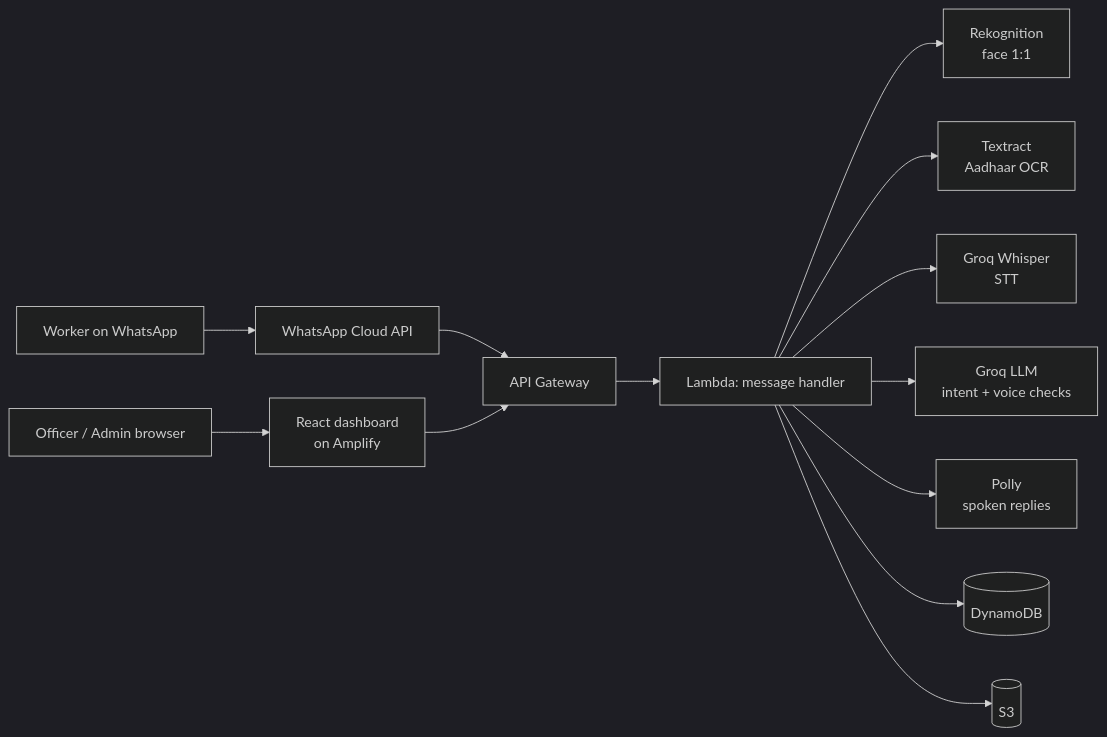
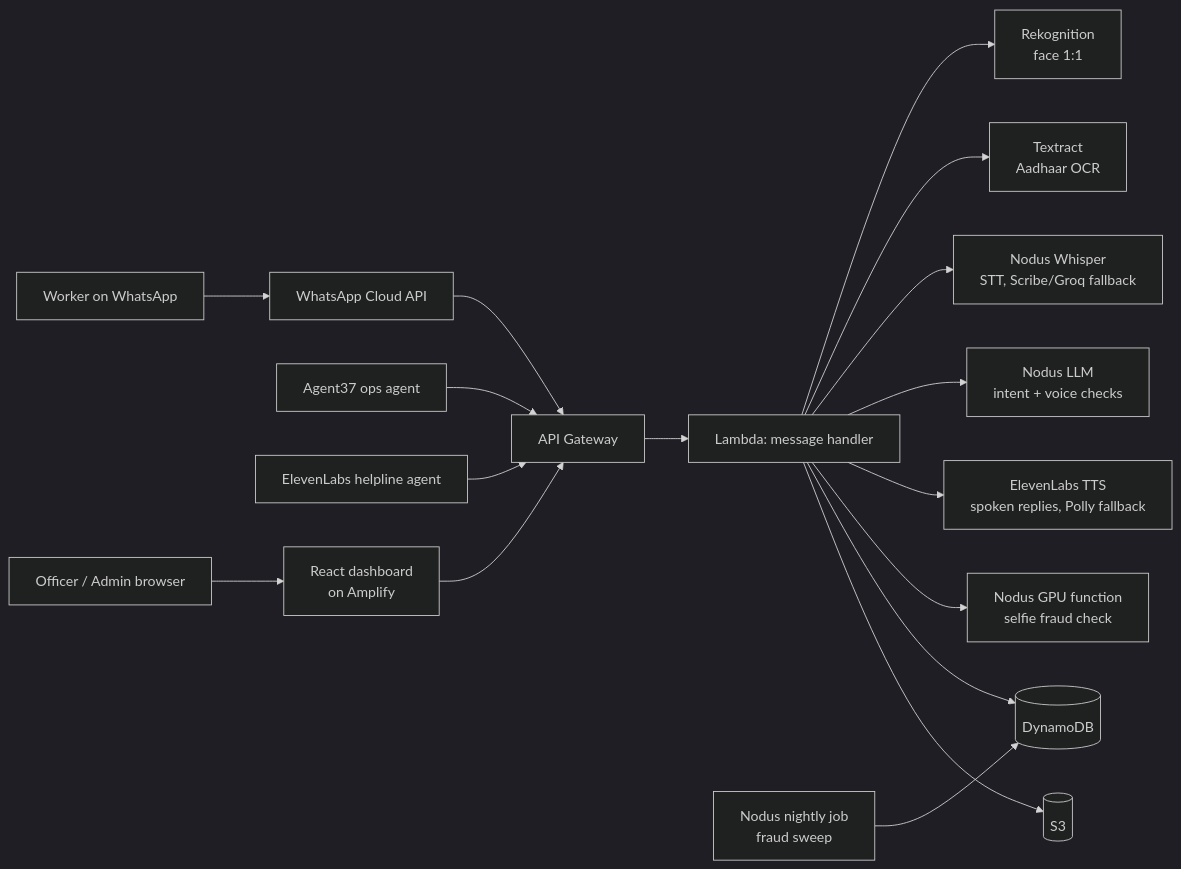
The diagram in README.md (LowkeyShehz/Hackyard-Strawhats), drawn with Mermaid (dark theme) before and after one commit. The commit also changed other lines of this file and 2 other files, not shown here.

````diff
--- a/README.md
+++ b/README.md
@@ -28,17 +39,21 @@
 ```mermaid
 flowchart LR
     W[Worker on WhatsApp] --> M[WhatsApp Cloud API]
     M --> G[API Gateway]
     G --> H[Lambda: message handler]
     H --> R[Rekognition<br/>face 1:1]
     H --> T[Textract<br/>Aadhaar OCR]
-    H --> S[Groq Whisper<br/>STT]
-    H --> L[Groq LLM<br/>intent + voice checks]
-    H --> P[Polly<br/>spoken replies]
+    H --> S[Nodus Whisper<br/>STT, Scribe/Groq fallback]
+    H --> L[Nodus LLM<br/>intent + voice checks]
+    H --> P[ElevenLabs TTS<br/>spoken replies, Polly fallback]
+    H --> F[Nodus GPU function<br/>selfie fraud check]
+    J[Nodus nightly job<br/>fraud sweep] --> D
+    AG[Agent37 ops agent] --> G
+    EL[ElevenLabs helpline agent] --> G
     H --> D[(DynamoDB)]
     H --> B[(S3)]
     O[Officer / Admin browser] --> A[React dashboard<br/>on Amplify]
     A --> G
 
 
 ```
````
